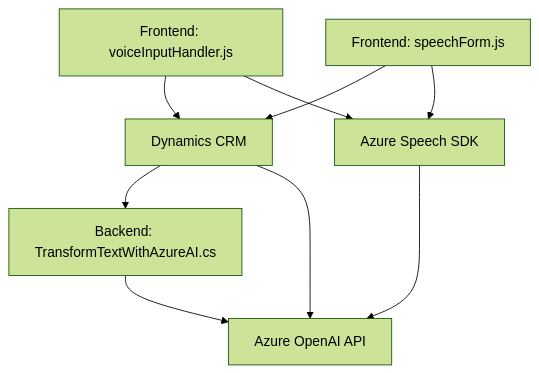
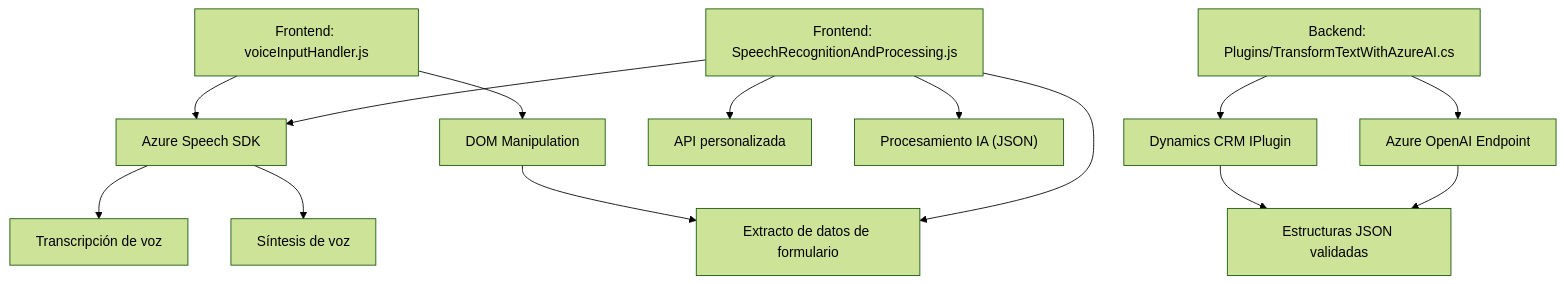
Before and after one commit to blopezdm/NETCORE_BILBAO2025: the diagram in README.md, drawn with Mermaid (forest theme). The commit also changed other lines of this file, not shown here.

````diff
--- a/README.md
+++ b/README.md
@@ -37,18 +38,16 @@
 ```mermaid
 graph TD
-    A["Frontend: voiceInputHandler.js"]
-    B["Frontend: speechForm.js"]
-    C["Backend: TransformTextWithAzureAI.cs"]
-    D["Dynamics CRM"]
-    E["Azure Speech SDK"]
-    F["Azure OpenAI API"]
-    
-    A --> D
-    B --> D
-    D --> C
-    A --> E
-    B --> E
-    C --> F
-    E --> F
-    D --> F
+    A["Frontend: voiceInputHandler.js"] --> B["Azure Speech SDK"]
+    A --> C["DOM Manipulation"]
+    B --> D["Transcripción de voz"]
+    B --> E["Síntesis de voz"]
+    C --> F["Extracto de datos de formulario"]
+    G["Frontend: SpeechRecognitionAndProcessing.js"] --> B
+    G --> F
+    G --> H["API personalizada"]
+    G --> I["Procesamiento IA (JSON)"]
+    J["Backend: Plugins/TransformTextWithAzureAI.cs"] --> K["Dynamics CRM IPlugin"]
+    J --> L["Azure OpenAI Endpoint"]
+    K --> M["Estructuras JSON validadas"]
+    L --> M
 ```
````
